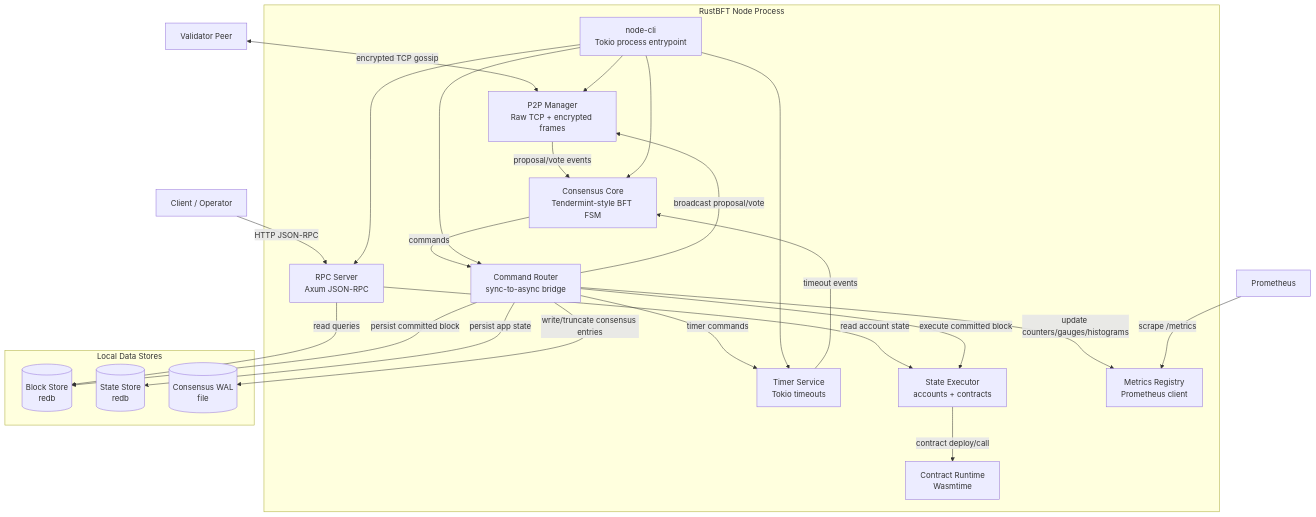
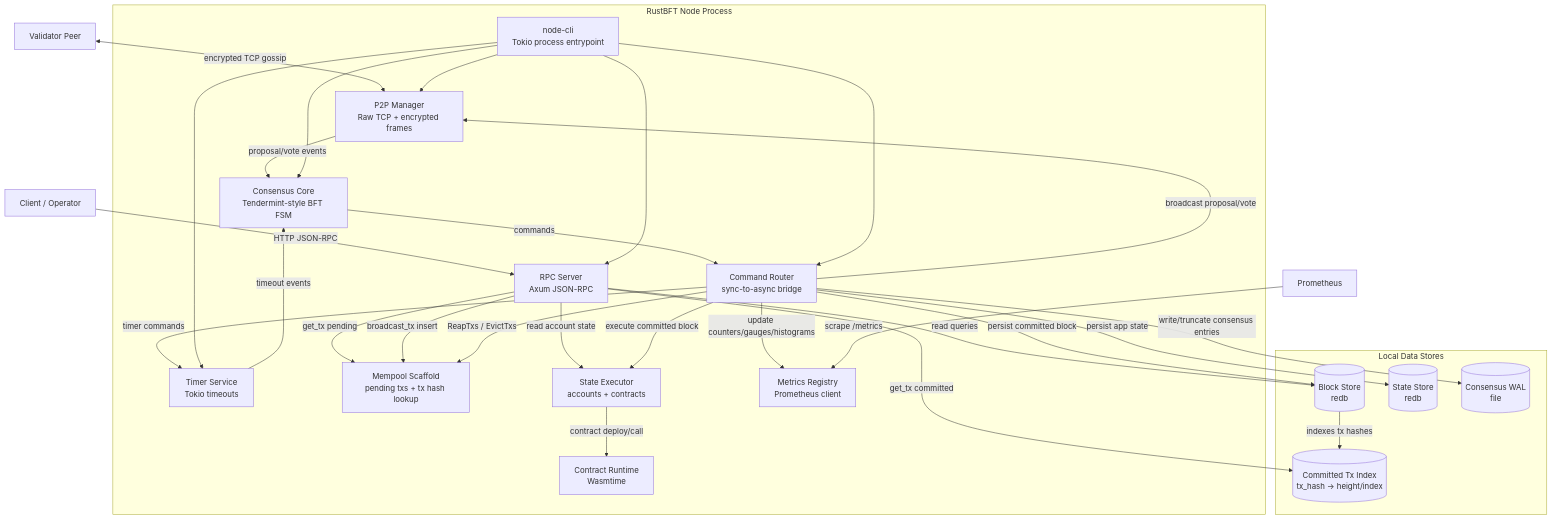
One commit to Khanh-21522203/RustBFT changed the second of 8 diagrams in mydocs/c4-architecture.md. Above: the diagram before and after it, drawn with Mermaid. The commit also changed other lines of this file and 7 other files, not shown here.

````diff
--- a/mydocs/c4-architecture.md
+++ b/mydocs/c4-architecture.md
@@ -24,48 +24,55 @@
 ```mermaid
 flowchart TB
     Client[Client / Operator]
     Peer[Validator Peer]
     Prom[Prometheus]
 
     subgraph NodeProcess[RustBFT Node Process]
         Cli[node-cli<br>Tokio process entrypoint]
         Rpc[RPC Server<br>Axum JSON-RPC]
         P2P[P2P Manager<br>Raw TCP + encrypted frames]
         Consensus[Consensus Core<br>Tendermint-style BFT FSM]
         Router[Command Router<br>sync-to-async bridge]
         Timer[Timer Service<br>Tokio timeouts]
+        Mempool[Mempool Scaffold<br>pending txs + tx hash lookup]
         Executor[State Executor<br>accounts + contracts]
         Contracts[Contract Runtime<br>Wasmtime]
         Metrics[Metrics Registry<br>Prometheus client]
     end
 
     subgraph DataStores[Local Data Stores]
         BlockStore[(Block Store<br>redb)]
+        TxIndex[(Committed Tx Index<br>tx_hash -> height/index)]
         StateStore[(State Store<br>redb)]
         WAL[(Consensus WAL<br>file)]
     end
 
     Client -->|HTTP JSON-RPC| Rpc
     Rpc -->|read queries| BlockStore
+    Rpc -->|get_tx pending| Mempool
+    Rpc -->|get_tx committed| TxIndex
+    Rpc -->|broadcast_tx insert| Mempool
     Rpc -->|read account state| Executor
 
     Peer <-->|encrypted TCP gossip| P2P
     P2P -->|proposal/vote events| Consensus
     Consensus -->|commands| Router
     Router -->|timer commands| Timer
     Timer -->|timeout events| Consensus
     Router -->|broadcast proposal/vote| P2P
+    Router -->|ReapTxs / EvictTxs| Mempool
     Router -->|execute committed block| Executor
     Executor -->|contract deploy/call| Contracts
     Router -->|persist committed block| BlockStore
+    BlockStore -->|indexes tx hashes| TxIndex
     Router -->|persist app state| StateStore
     Router -->|write/truncate consensus entries| WAL
     Router -->|update counters/gauges/histograms| Metrics
     Prom -->|scrape /metrics| Metrics
 
     Cli --> Rpc
     Cli --> P2P
     Cli --> Consensus
     Cli --> Router
     Cli --> Timer
 ```
````
